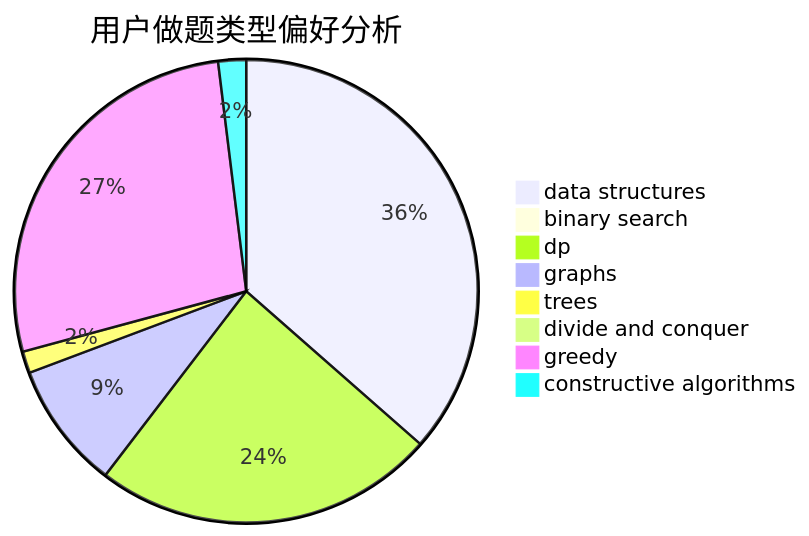
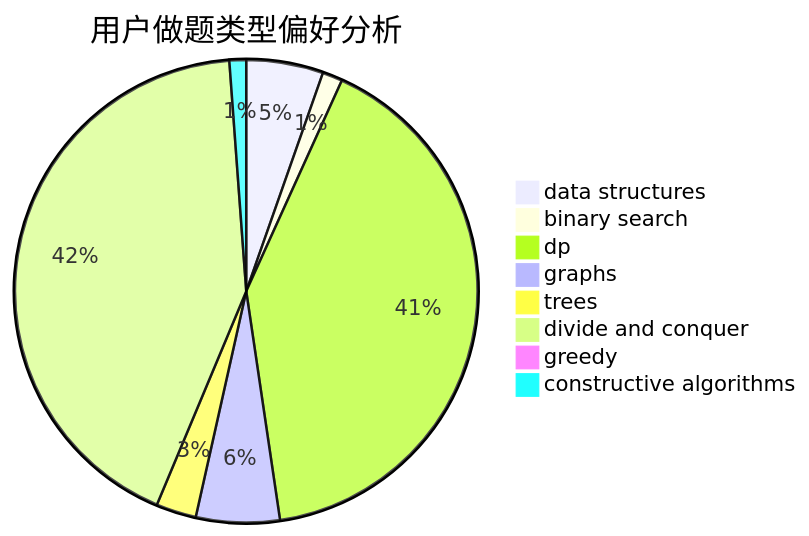
Before and after one commit to sherpahu/cfrs.github.io: the second of 3 diagrams in docs/user/u615.md, drawn with Mermaid. The commit also changed other lines of this file and 2770 other files, not shown here.

````diff
--- a/docs/user/u615.md
+++ b/docs/user/u615.md
@@ -23,11 +23,11 @@
 ```mermaid
 pie title 用户做题类型偏好分析
-    "data structures" :  768
+    "data structures" :  23
     "binary search" :  6
-    "dp" :  504
-    "graphs" :  187
-    "trees" :  32
-    "divide and conquer" :  0
-    "greedy" :  574
-    "constructive algorithms" :  41
+    "dp" :  175
+    "graphs" :  25
+    "trees" :  12
+    "divide and conquer" :  182
+    "greedy" :  3
+    "constructive algorithms" :  5
 ```
````
